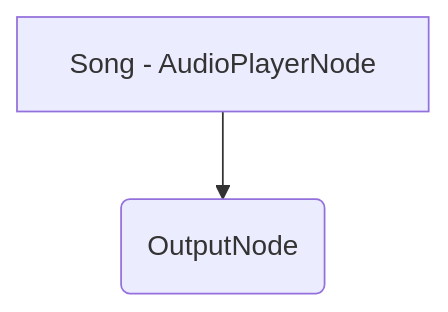
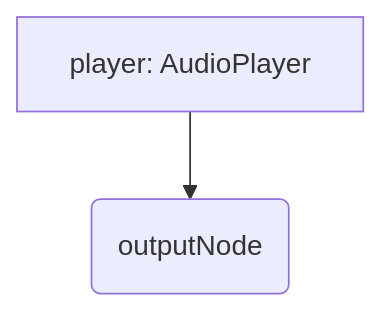
One commit to switchboard-sdk/karaoke-app-android changed the first of 3 diagrams in README.md. Above: the diagram before and after it, drawn with Mermaid. The commit also changed other lines of this file and 34 other files, not shown here.

````diff
--- a/README.md
+++ b/README.md
@@ -58,4 +60,4 @@
 ```mermaid
 flowchart TD
-idSong[Song - AudioPlayerNode]-->idOutput(OutputNode)
+idSong["player: AudioPlayer"]-->idOutput(outputNode)
 ```
````
